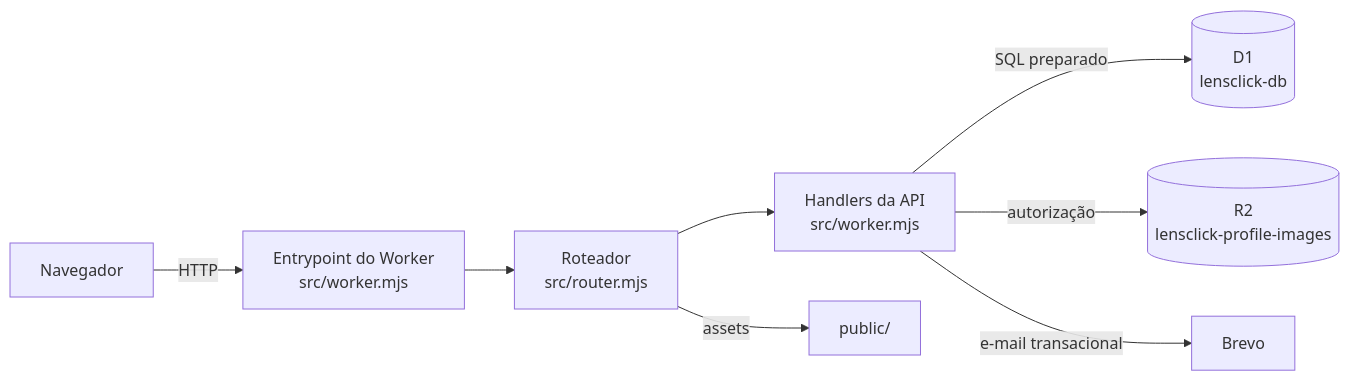
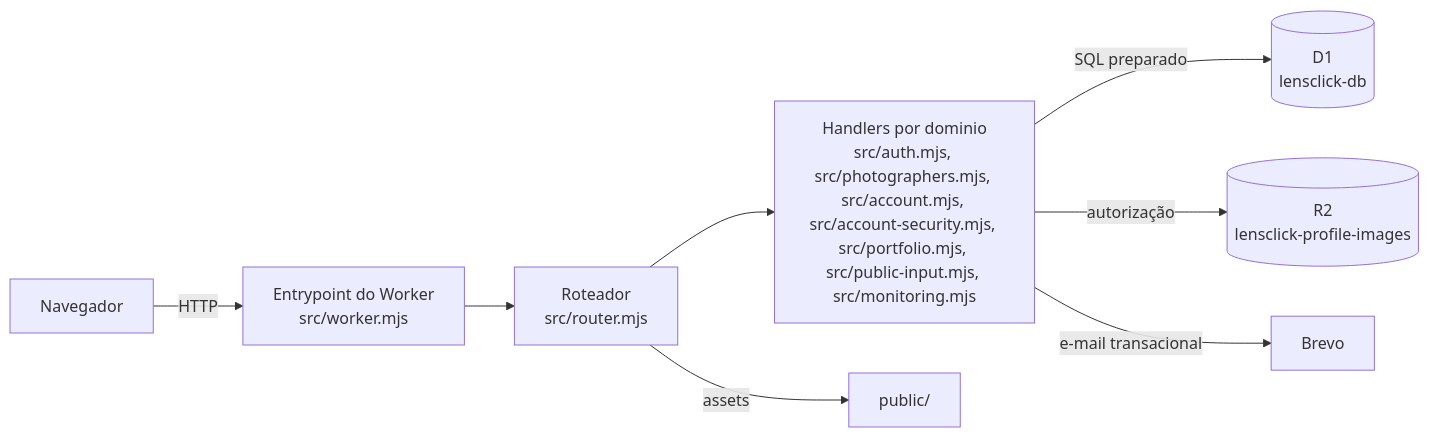
Before and after one commit to Renato1909/LensClick: the diagram in docs/AI_CONTEXT.md, drawn with Mermaid. The commit also changed other lines of this file and 7 other files, not shown here.

````diff
--- a/docs/AI_CONTEXT.md
+++ b/docs/AI_CONTEXT.md
@@ -35,10 +35,10 @@
 ```mermaid
 flowchart LR
     B[Navegador] -->|HTTP| W[Entrypoint do Worker<br/>src/worker.mjs]
     W --> RT[Roteador<br/>src/router.mjs]
-    RT --> H[Handlers da API<br/>src/worker.mjs]
+    RT --> H[Handlers por dominio<br/>src/auth.mjs, src/photographers.mjs, src/account.mjs, src/account-security.mjs, src/portfolio.mjs, src/public-input.mjs, src/monitoring.mjs]
     H -->|SQL preparado| D[(D1<br/>lensclick-db)]
     H -->|autorização| R[(R2<br/>lensclick-profile-images)]
     RT -->|assets| A[public/]
     H -->|e-mail transacional| E[Brevo]
 ```
````
